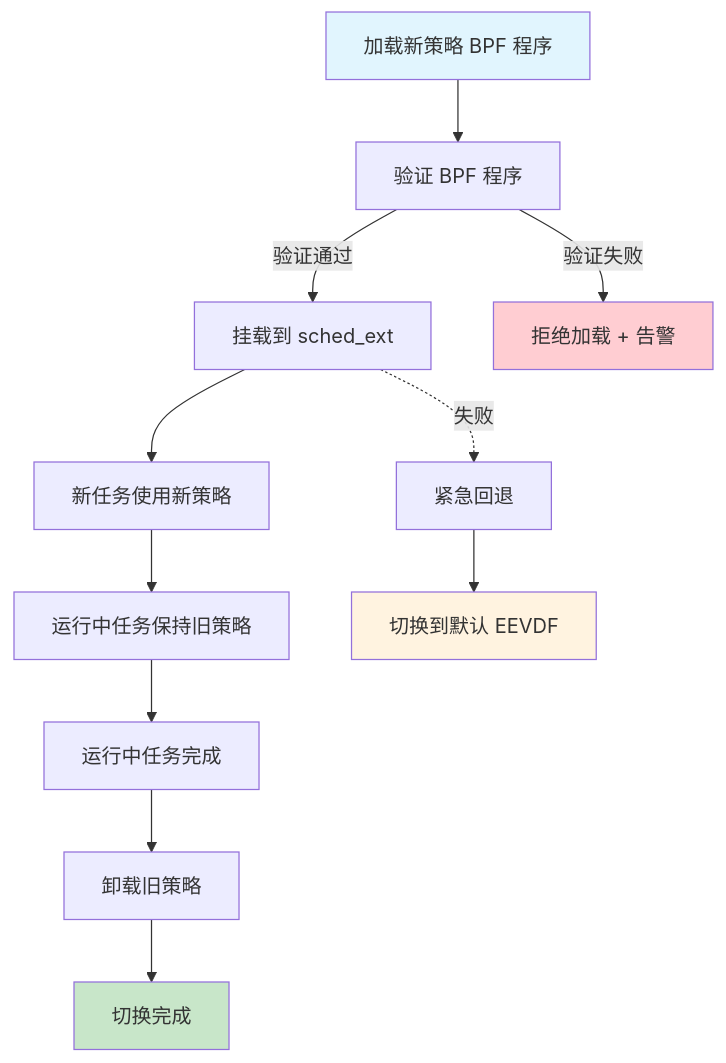
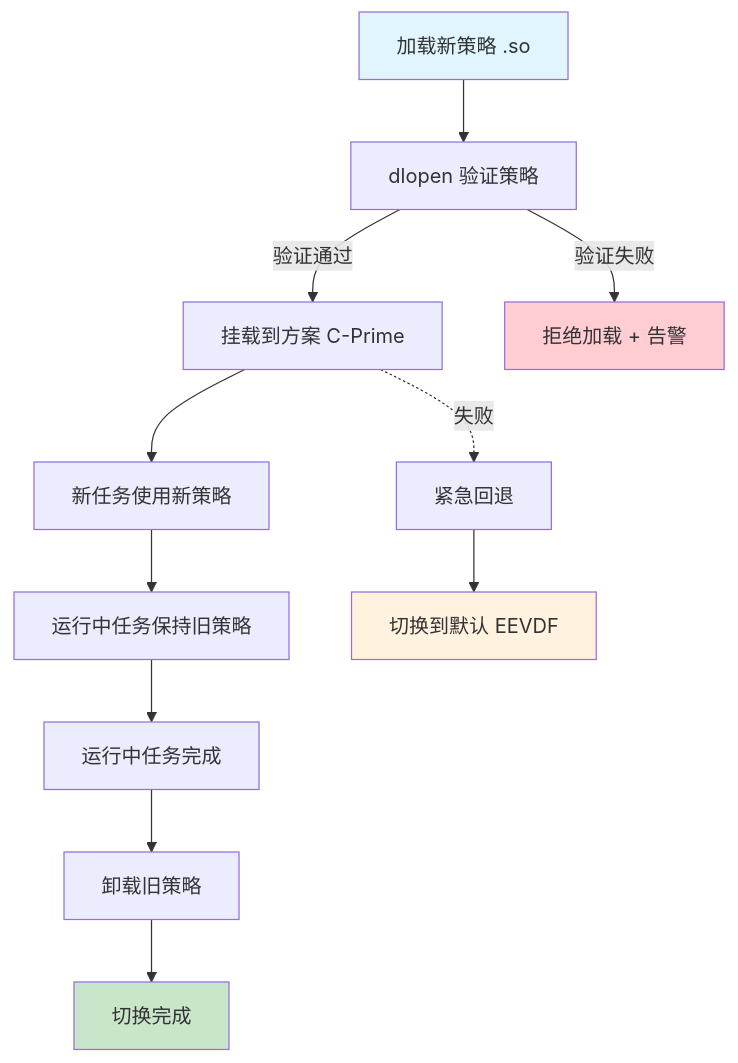
Before and after one commit to openairymax/docs: the sixth of 6 diagrams in AirymaxOS/40-dataflows/04-scheduling-flow.md, drawn with Mermaid. The commit also changed other lines of this file and 115 other files, not shown here.

````diff
--- a/AirymaxOS/40-dataflows/04-scheduling-flow.md
+++ b/AirymaxOS/40-dataflows/04-scheduling-flow.md
@@ -563,20 +587,20 @@
 ```mermaid
 flowchart TD
-    A[加载新策略 BPF 程序] --> B[验证 BPF 程序]
-    B -->|验证通过| C[挂载到 sched_ext]
+    A[加载新策略 .so] --> B[dlopen 验证策略]
+    B -->|验证通过| C[挂载到方案 C-Prime]
     B -->|验证失败| Z[拒绝加载 + 告警]
     C --> D[新任务使用新策略]
     D --> E[运行中任务保持旧策略]
     E --> F[运行中任务完成]
     F --> G[卸载旧策略]
     G --> H[切换完成]
     
     I[紧急回退]
     C -.失败.-> I
     I --> J[切换到默认 EEVDF]
     
     style A fill:#e1f5fe
     style Z fill:#ffcdd2
     style H fill:#c8e6c9
     style J fill:#fff3e0
 ```
````
